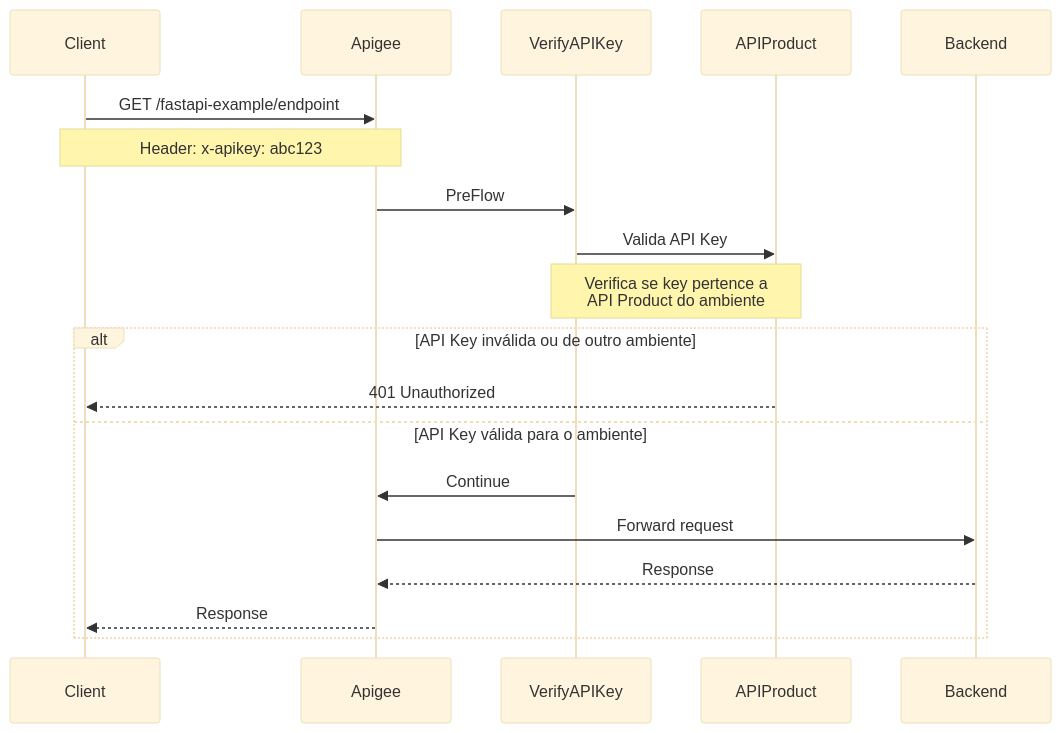
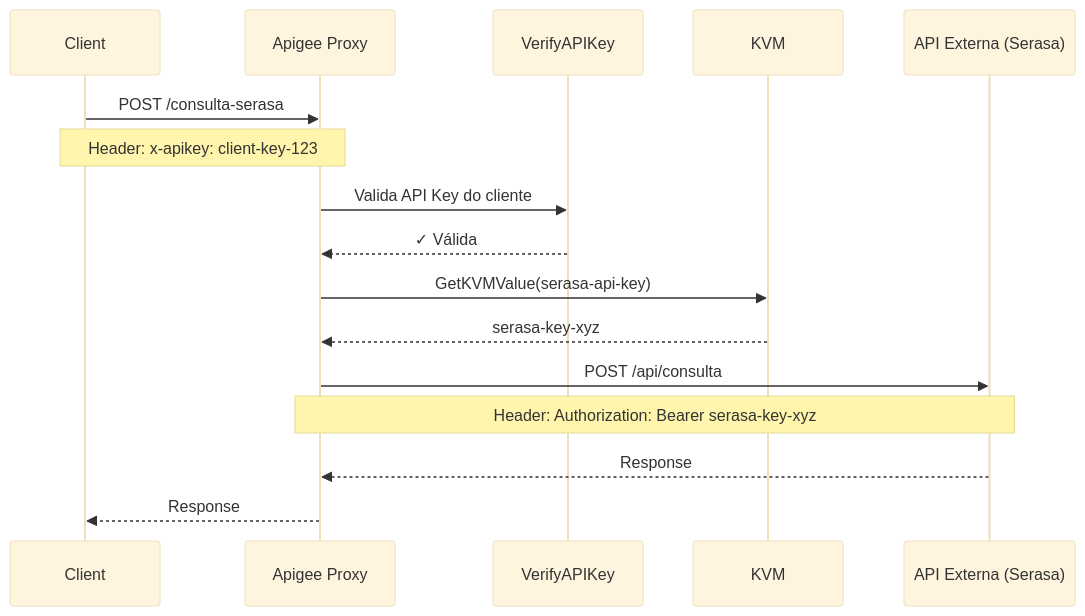
The diagram in README.md (marcelo-luizz/terraform-example), drawn with Mermaid (base theme) before and after one commit.

````diff
--- a/README.md
+++ b/README.md
@@ -109,24 +109,23 @@
 ```mermaid
 sequenceDiagram
     participant Client
-    participant Apigee
+    participant Apigee Proxy
     participant VerifyAPIKey
-    participant APIProduct
-    participant Backend
+    participant KVM
+    participant API Externa (Serasa)
 
-    Client->>Apigee: GET /fastapi-example/endpoint
-    Note over Client,Apigee: Header: x-apikey: abc123
+    Client->>Apigee Proxy: POST /consulta-serasa
+    Note over Client,Apigee Proxy: Header: x-apikey: client-key-123
     
-    Apigee->>VerifyAPIKey: PreFlow
-    VerifyAPIKey->>APIProduct: Valida API Key
-    Note over VerifyAPIKey,APIProduct: Verifica se key pertence a<br/>API Product do ambiente
+    Apigee Proxy->>VerifyAPIKey: Valida API Key do cliente
+    VerifyAPIKey-->>Apigee Proxy: ✓ Válida
     
-    alt API Key inválida ou de outro ambiente
-        APIProduct-->>Client: 401 Unauthorized
-    else API Key válida para o ambiente
-        VerifyAPIKey->>Apigee: Continue
-        Apigee->>Backend: Forward request
-        Backend-->>Apigee: Response
-        Apigee-->>Client: Response
-    end
+    Apigee Proxy->>KVM: GetKVMValue(serasa-api-key)
+    KVM-->>Apigee Proxy: serasa-key-xyz
+    
+    Apigee Proxy->>API Externa (Serasa): POST /api/consulta
+    Note over Apigee Proxy,API Externa (Serasa): Header: Authorization: Bearer serasa-key-xyz
+    
+    API Externa (Serasa)-->>Apigee Proxy: Response
+    Apigee Proxy-->>Client: Response
 ```
````
